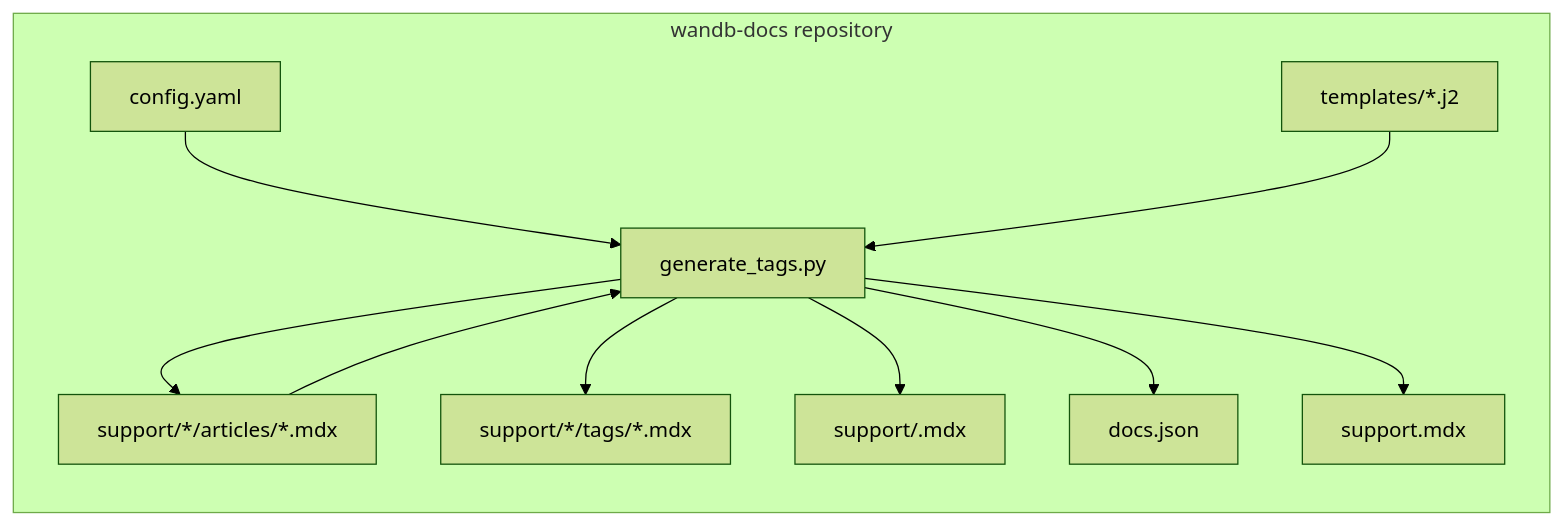
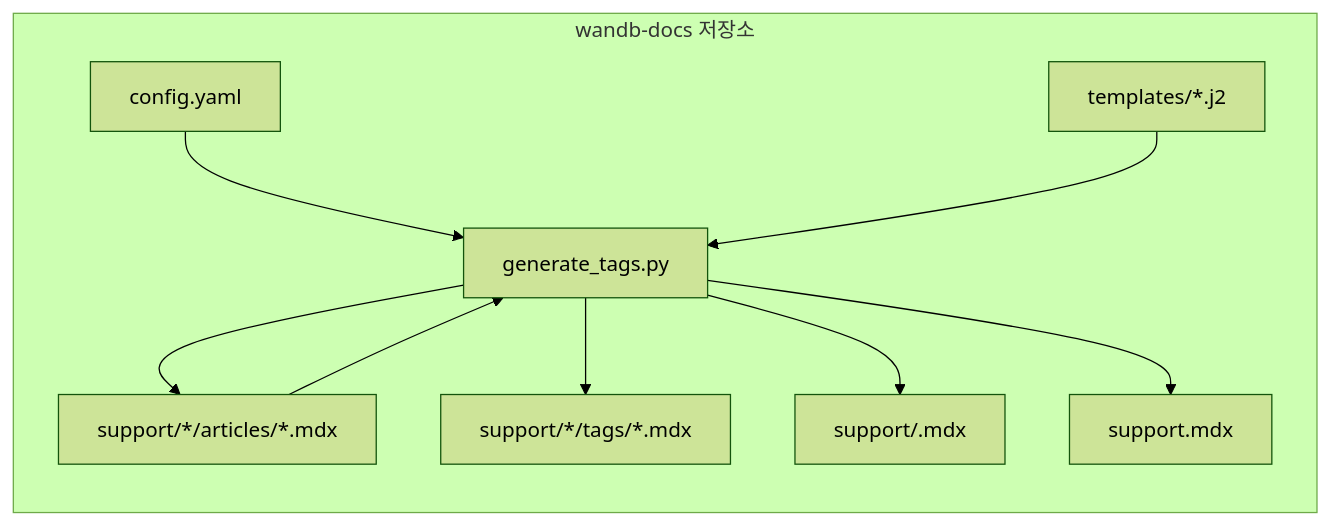
The first of 4 diagrams in ko/scripts/knowledgebase-nav/Architecture.md (wandb/docs), drawn with Mermaid (forest theme) before and after one commit. The commit also changed other lines of this file and 22 other files, not shown here.

````diff
--- a/ko/scripts/knowledgebase-nav/Architecture.md
+++ b/ko/scripts/knowledgebase-nav/Architecture.md
@@ -23,21 +23,19 @@
 ```mermaid
 flowchart LR
-  subgraph repo["wandb-docs repository"]
+  subgraph repo ["wandb-docs 저장소"]
     CFG["config.yaml"]
     TPL["templates/*.j2"]
     ART["support/*/articles/*.mdx"]
     GEN["generate_tags.py"]
     OUT1["support/*/tags/*.mdx"]
     OUT2["support/<product>.mdx"]
-    DJ["docs.json"]
     SM["support.mdx"]
   end
   CFG --> GEN
   TPL --> GEN
   ART --> GEN
   GEN --> OUT1
   GEN --> OUT2
-  GEN --> DJ
   GEN --> SM
   GEN --> ART
 ```
````
